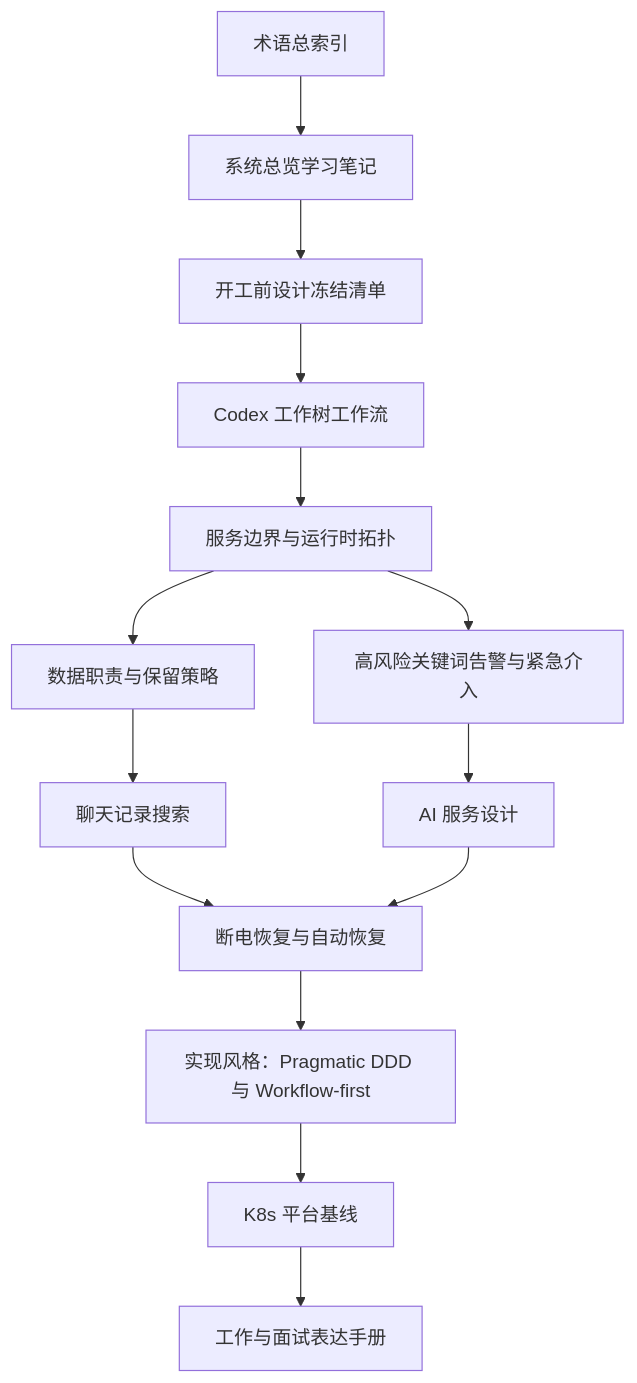
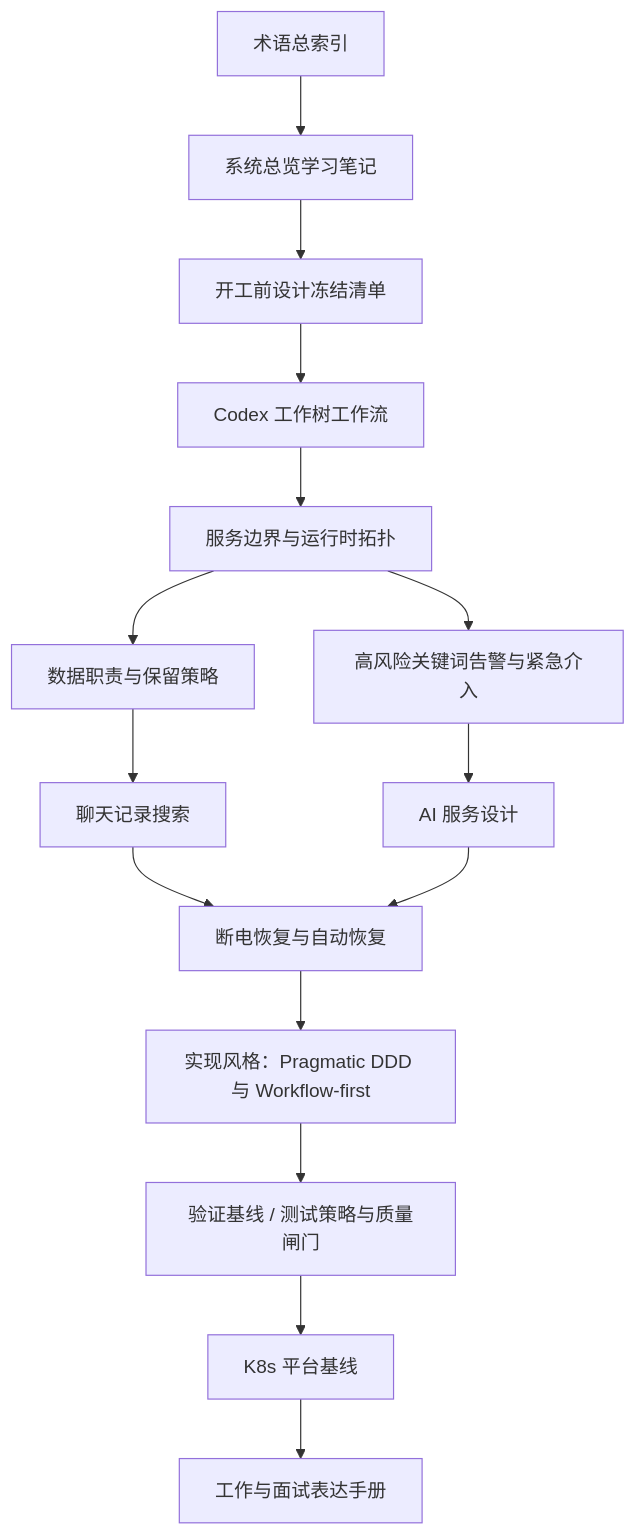
Before and after one commit to Glnyg/StudyCode: the diagram in Obsidian/00-Overview/如何学习这个项目.md, drawn with Mermaid. The commit also changed other lines of this file and 32 other files, not shown here.

````diff
--- a/Obsidian/00-Overview/如何学习这个项目.md
+++ b/Obsidian/00-Overview/如何学习这个项目.md
@@ -18,16 +18,17 @@
 ```mermaid
 flowchart TD
     A["术语总索引"] --> B["系统总览学习笔记"]
     B --> C["开工前设计冻结清单"]
     C --> D["Codex 工作树工作流"]
     D --> E["服务边界与运行时拓扑"]
     E --> F["数据职责与保留策略"]
     E --> G["高风险关键词告警与紧急介入"]
     F --> H["聊天记录搜索"]
     G --> I["AI 服务设计"]
     H --> J["断电恢复与自动恢复"]
     I --> J
     J --> K["实现风格：Pragmatic DDD 与 Workflow-first"]
-    K --> L["K8s 平台基线"]
-    L --> M["工作与面试表达手册"]
+    K --> L["验证基线 / 测试策略与质量闸门"]
+    L --> M["K8s 平台基线"]
+    M --> N["工作与面试表达手册"]
 ```
````
